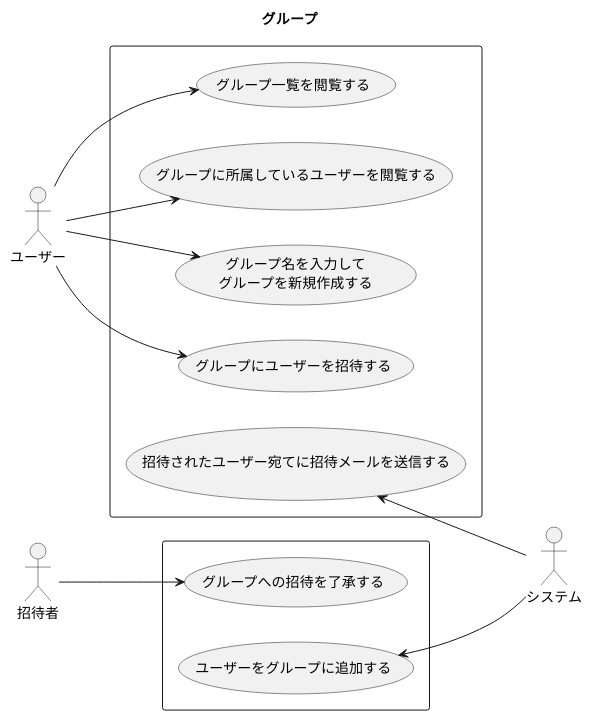
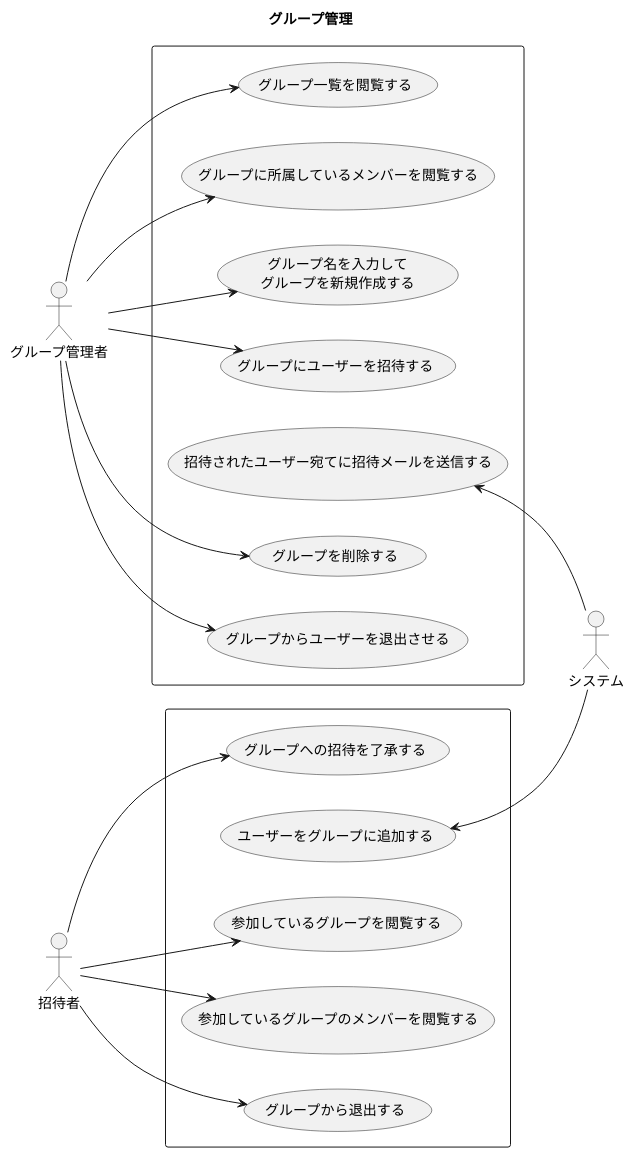
The diagram in modelingDiagram/umlDiagram/group.pu (h-maki2/identityAccess), drawn with PlantUML before and after one commit. The commit also changed 2 other files, not shown here.

```diff
--- a/modelingDiagram/umlDiagram/group.pu
+++ b/modelingDiagram/umlDiagram/group.pu
@@ -1,19 +1,25 @@
 @startuml
-title グループ
+title グループ管理
 left to right direction
-actor ユーザー
+actor グループ管理者
 actor システム
 actor 招待者
+
 rectangle {
-   ユーザー --> (グループ一覧を閲覧する)
-   ユーザー --> (グループに所属しているユーザーを閲覧する)
-   ユーザー --> (グループ名を入力して\nグループを新規作成する)
-   ユーザー --> (グループにユーザーを招待する)
+   グループ管理者 --> (グループ一覧を閲覧する)
+   グループ管理者 --> (グループに所属しているメンバーを閲覧する)
+   グループ管理者 --> (グループ名を入力して\nグループを新規作成する)
+   グループ管理者 --> (グループにユーザーを招待する)
    (招待されたユーザー宛てに招待メールを送信する) <-- システム
+   グループ管理者 --> (グループを削除する)
+   グループ管理者 --> (グループからユーザーを退出させる)
 }
 
 rectangle {
     招待者 --> (グループへの招待を了承する)
     (ユーザーをグループに追加する) <-- システム
+    招待者 --> (参加しているグループを閲覧する)
+    招待者 --> (参加しているグループのメンバーを閲覧する)
+    招待者 --> (グループから退出する)
 }
 @enduml
```
